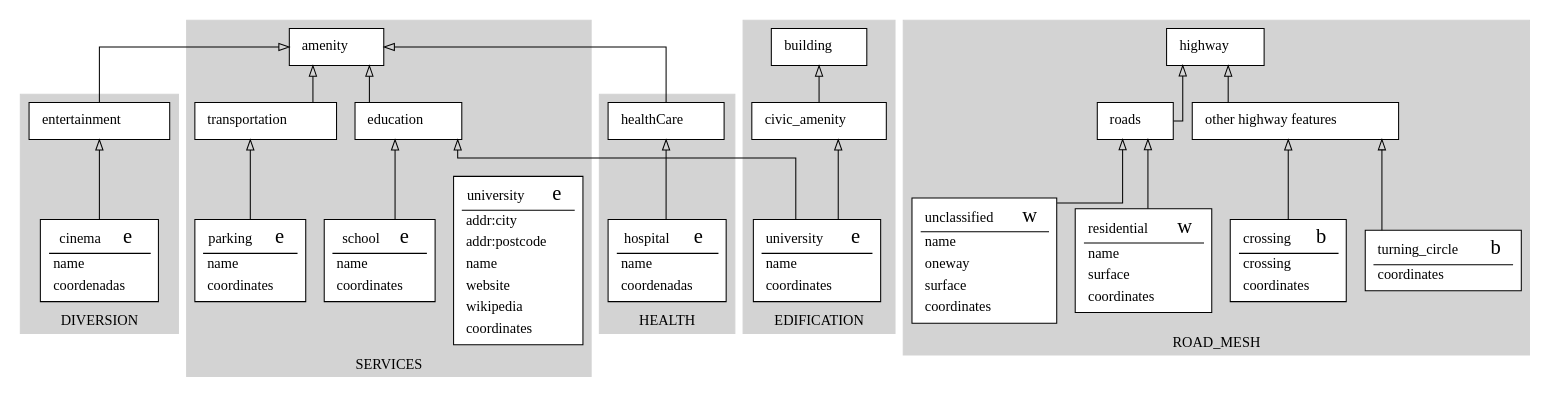
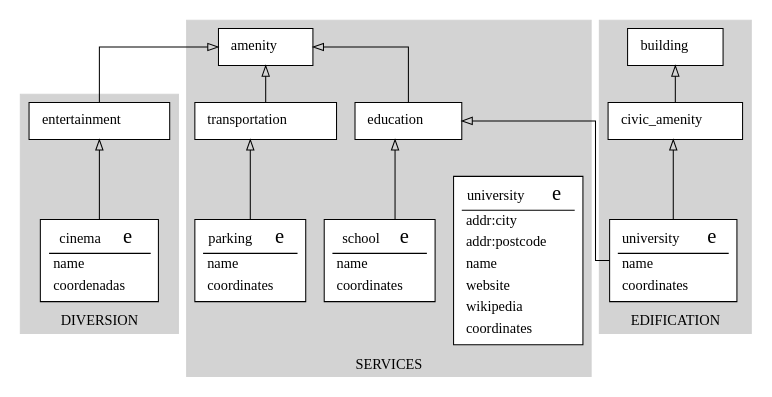
Before and after one commit to vinisperandio/OSM2Diagram_optmizated: the diagram in schema.gv, drawn with Graphviz. The commit also changed 4 other files, not shown here.

```diff
--- a/schema.gv
+++ b/schema.gv
@@ -102,121 +102,11 @@
 			</TR>
 			</TABLE>>]
 	}
-	subgraph cluster_HEALTH {
-		node [color=black style=filled]
-		color=lightgrey style=filled
-		label=HEALTH
-		8[style = "filled, bold" penwidth = "1" fillcolor="white" label=<
-			<TABLE color="black" border="0">
-			 <TR>
-				<TD align="center"><font color="black">hospital</font>  
-				<font FACE="sigmoda" POINT-SIZE="20.0"> e</font></TD>
-			</TR>
-			<hr/>
-			<TR>
-				<TD align="left">name</TD>
-			 </TR>
-			<TR>
-				<TD align="left">coordenadas</TD>
-			 </TR>
-			</TABLE>>]
-		9[style = "filled, bold" penwidth = "1" fillcolor="white" label=<
-			<TABLE color="black" border="0">
-			 <TR>
-				<TD align="center"><font color="black">healthCare</font>  </TD>
-			</TR>
-			</TABLE>>]
-	}
-	subgraph cluster_ROAD_MESH {
-		node [color=black style=filled]
-		color=lightgrey style=filled
-		label=ROAD_MESH
-		10[style = "filled, bold" penwidth = "1" fillcolor="white" label=<
-			<TABLE color="black" border="0">
-			 <TR>
-				<TD align="center"><font color="black">turning_circle</font>  
-				<font FACE="sigmoda" POINT-SIZE="20.0"> b</font></TD>
-			</TR>
-			<hr/>
-			<TR>
-				<TD align="left">coordinates</TD>
-			 </TR>
-			</TABLE>>]
-		11[style = "filled, bold" penwidth = "1" fillcolor="white" label=<
-			<TABLE color="black" border="0">
-			 <TR>
-				<TD align="center"><font color="black">highway</font>  </TD>
-			</TR>
-			</TABLE>>]
-		12[style = "filled, bold" penwidth = "1" fillcolor="white" label=<
-			<TABLE color="black" border="0">
-			 <TR>
-				<TD align="center"><font color="black">crossing</font>  
-				<font FACE="sigmoda" POINT-SIZE="20.0"> b</font></TD>
-			</TR>
-			<hr/>
-			<TR>
-				<TD align="left">crossing</TD>
-			 </TR>
-			<TR>
-				<TD align="left">coordinates</TD>
-			 </TR>
-			</TABLE>>]
-		13[style = "filled, bold" penwidth = "1" fillcolor="white" label=<
-			<TABLE color="black" border="0">
-			 <TR>
-				<TD align="center"><font color="black">residential</font>  
-				<font FACE="sigmoda" POINT-SIZE="20.0"> w</font></TD>
-			</TR>
-			<hr/>
-			<TR>
-				<TD align="left">name</TD>
-			 </TR>
-			<TR>
-				<TD align="left">surface</TD>
-			 </TR>
-			<TR>
-				<TD align="left">coordinates</TD>
-			 </TR>
-			</TABLE>>]
-		14[style = "filled, bold" penwidth = "1" fillcolor="white" label=<
-			<TABLE color="black" border="0">
-			 <TR>
-				<TD align="center"><font color="black">unclassified</font>  
-				<font FACE="sigmoda" POINT-SIZE="20.0"> w</font></TD>
-			</TR>
-			<hr/>
-			<TR>
-				<TD align="left">name</TD>
-			 </TR>
-			<TR>
-				<TD align="left">oneway</TD>
-			 </TR>
-			<TR>
-				<TD align="left">surface</TD>
-			 </TR>
-			<TR>
-				<TD align="left">coordinates</TD>
-			 </TR>
-			</TABLE>>]
-		15[style = "filled, bold" penwidth = "1" fillcolor="white" label=<
-			<TABLE color="black" border="0">
-			 <TR>
-				<TD align="center"><font color="black">other highway features</font>  </TD>
-			</TR>
-			</TABLE>>]
-		16[style = "filled, bold" penwidth = "1" fillcolor="white" label=<
-			<TABLE color="black" border="0">
-			 <TR>
-				<TD align="center"><font color="black">roads</font>  </TD>
-			</TR>
-			</TABLE>>]
-	}
 	subgraph cluster_EDIFICATION {
 		node [color=black style=filled]
 		color=lightgrey style=filled
 		label=EDIFICATION
-		17[style = "filled, bold" penwidth = "1" fillcolor="white" label=<
+		8[style = "filled, bold" penwidth = "1" fillcolor="white" label=<
 			<TABLE color="black" border="0">
 			 <TR>
 				<TD align="center"><font color="black">university</font>  
@@ -230,13 +120,13 @@
 				<TD align="left">coordinates</TD>
 			 </TR>
 			</TABLE>>]
-		18[style = "filled, bold" penwidth = "1" fillcolor="white" label=<
+		9[style = "filled, bold" penwidth = "1" fillcolor="white" label=<
 			<TABLE color="black" border="0">
 			 <TR>
 				<TD align="center"><font color="black">building</font>  </TD>
 			</TR>
 			</TABLE>>]
-		19[style = "filled, bold" penwidth = "1" fillcolor="white" label=<
+		10[style = "filled, bold" penwidth = "1" fillcolor="white" label=<
 			<TABLE color="black" border="0">
 			 <TR>
 				<TD align="center"><font color="black">civic_amenity</font>  </TD>
@@ -245,21 +135,13 @@
 	}
 		0 -> 1[arrowhead=onormal]
 		1 -> 3[arrowhead=onormal]
-		17 -> 6[arrowhead=onormal]
-		17 -> 19[arrowhead=onormal]
+		8 -> 6[arrowhead=onormal]
+		8 -> 10[arrowhead=onormal]
 		4 -> 6[arrowhead=onormal]
 		5 -> 7[arrowhead=onormal]
 		6 -> 3[arrowhead=onormal]
 		7 -> 3[arrowhead=onormal]
-		8 -> 9[arrowhead=onormal]
-		9 -> 3[arrowhead=onormal]
-		10 -> 15[arrowhead=onormal]
-		12 -> 15[arrowhead=onormal]
-		13 -> 16[arrowhead=onormal]
-		14 -> 16[arrowhead=onormal]
-		15 -> 11[arrowhead=onormal]
-		16 -> 11[arrowhead=onormal]
-		19 -> 18[arrowhead=onormal]
+		10 -> 9[arrowhead=onormal]
 	rankdir=BT
 	splines=ortho
 }
```
